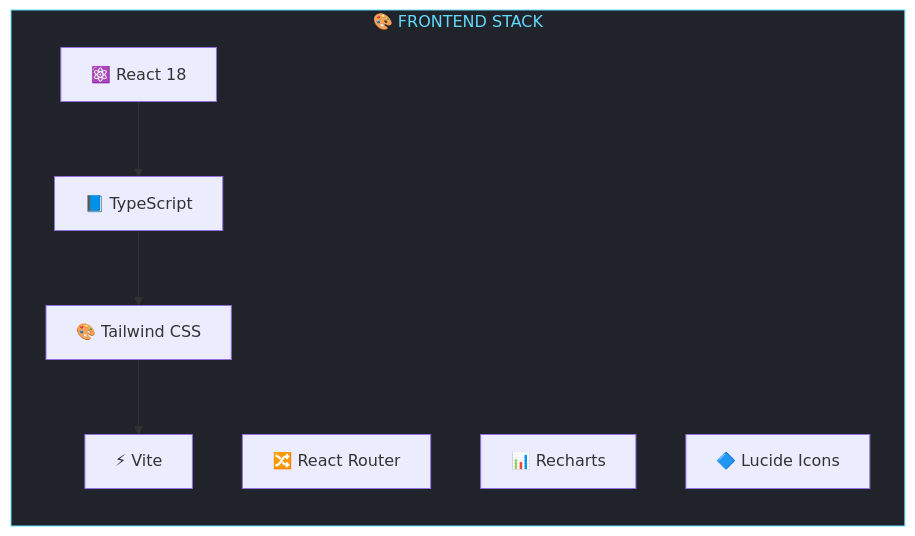
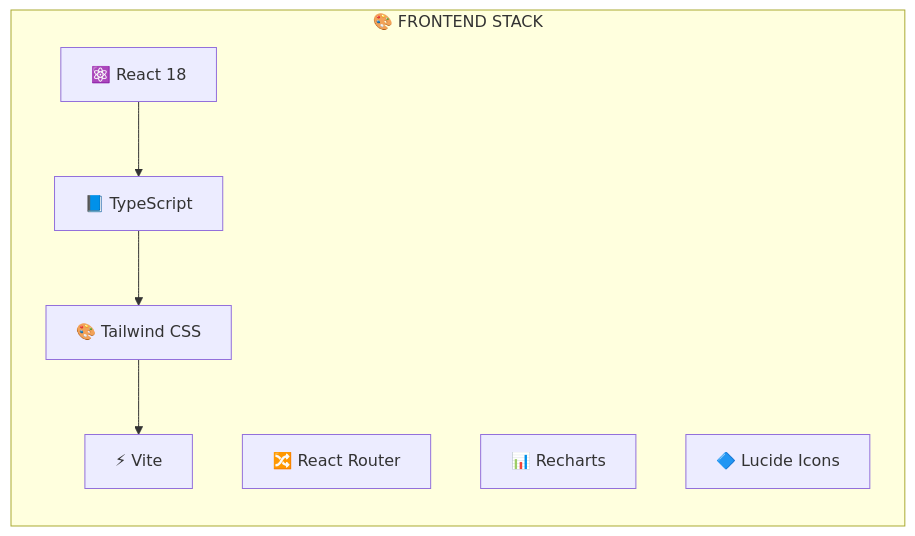
Before and after one commit to decagraff/LCService: the third of 8 diagrams in docs/05-sistema/README.md, drawn with Mermaid. The commit also changed other lines of this file and 7 other files, not shown here.

````diff
--- a/docs/05-sistema/README.md
+++ b/docs/05-sistema/README.md
@@ -83,19 +78,18 @@
 ```mermaid
 graph TB
     subgraph frontend["🎨 FRONTEND STACK"]
         direction TB
         R["⚛️ React 18"]
         TS["📘 TypeScript"]
         TW["🎨 Tailwind CSS"]
         V["⚡ Vite"]
         RR["🔀 React Router"]
         RC["📊 Recharts"]
         LU["🔷 Lucide Icons"]
     end
 
     R --> TS
     TS --> TW
     TW --> V
 
-    style frontend fill:#20232a,stroke:#61dafb,color:#61dafb
 ```
````
